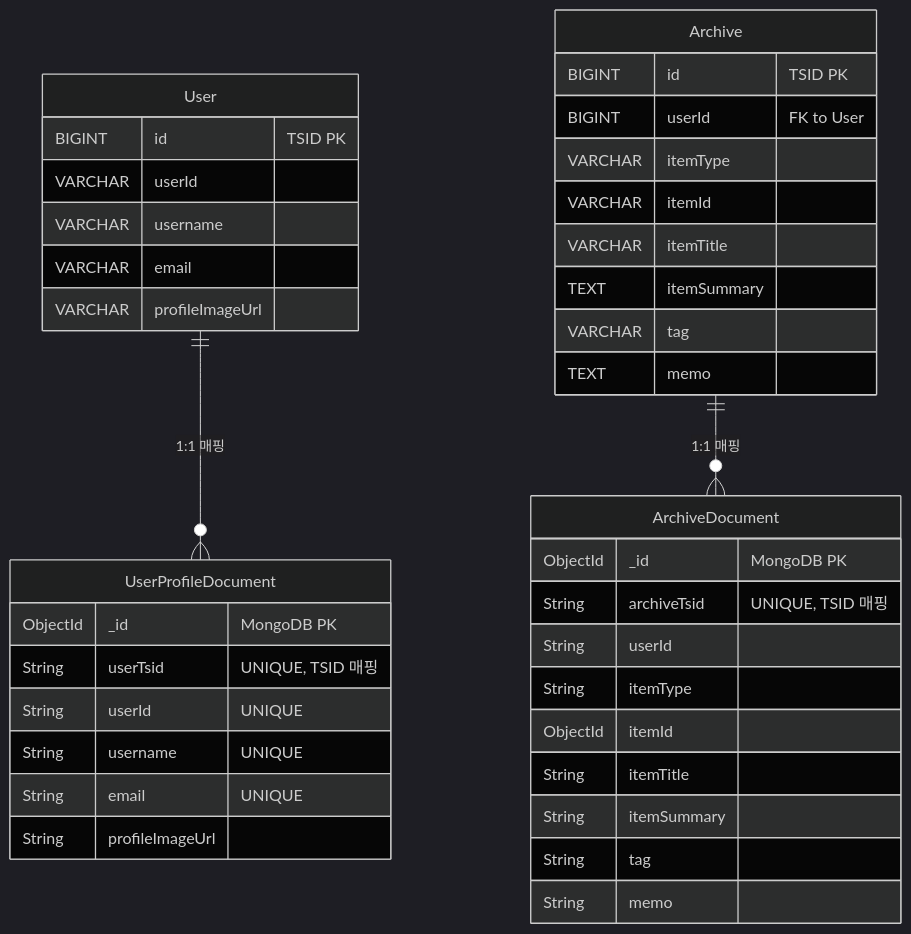
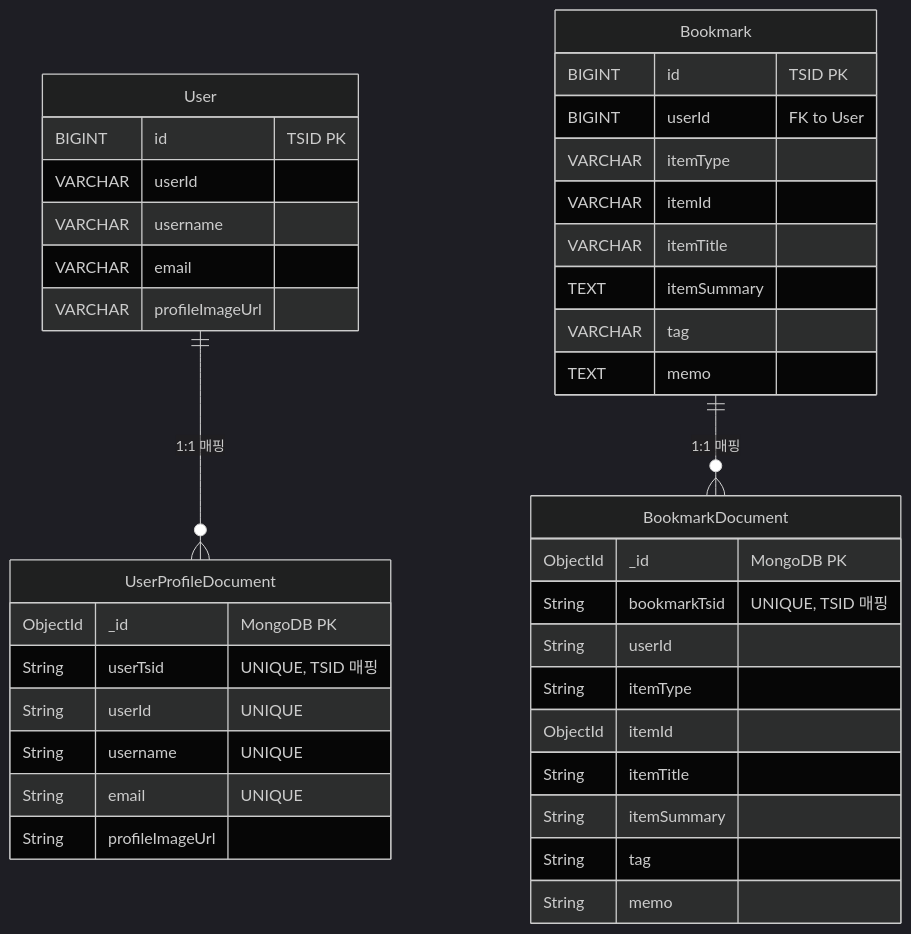
One commit to thswlsqls/tech-n-ai changed the fourth of 8 diagrams in docs/step11/cqrs-kafka-sync-design.md. Above: the diagram before and after it, drawn with Mermaid (dark theme). The commit also changed other lines of this file and 68 other files, not shown here.

````diff
--- a/docs/step11/cqrs-kafka-sync-design.md
+++ b/docs/step11/cqrs-kafka-sync-design.md
@@ -821,45 +821,45 @@
 ```mermaid
 erDiagram
     User ||--o{ UserProfileDocument : "1:1 매핑"
-    Archive ||--o{ ArchiveDocument : "1:1 매핑"
+    Bookmark ||--o{ BookmarkDocument : "1:1 매핑"
     
     User {
         BIGINT id "TSID PK"
         VARCHAR userId
         VARCHAR username
         VARCHAR email
         VARCHAR profileImageUrl
     }
     
     UserProfileDocument {
         ObjectId _id "MongoDB PK"
         String userTsid "UNIQUE, TSID 매핑"
         String userId "UNIQUE"
         String username "UNIQUE"
         String email "UNIQUE"
         String profileImageUrl
     }
     
-    Archive {
+    Bookmark {
         BIGINT id "TSID PK"
         BIGINT userId "FK to User"
         VARCHAR itemType
         VARCHAR itemId
         VARCHAR itemTitle
         TEXT itemSummary
         VARCHAR tag
         TEXT memo
     }
     
-    ArchiveDocument {
+    BookmarkDocument {
         ObjectId _id "MongoDB PK"
-        String archiveTsid "UNIQUE, TSID 매핑"
+        String bookmarkTsid "UNIQUE, TSID 매핑"
         String userId
         String itemType
         ObjectId itemId
         String itemTitle
         String itemSummary
         String tag
         String memo
     }
 ```
````
